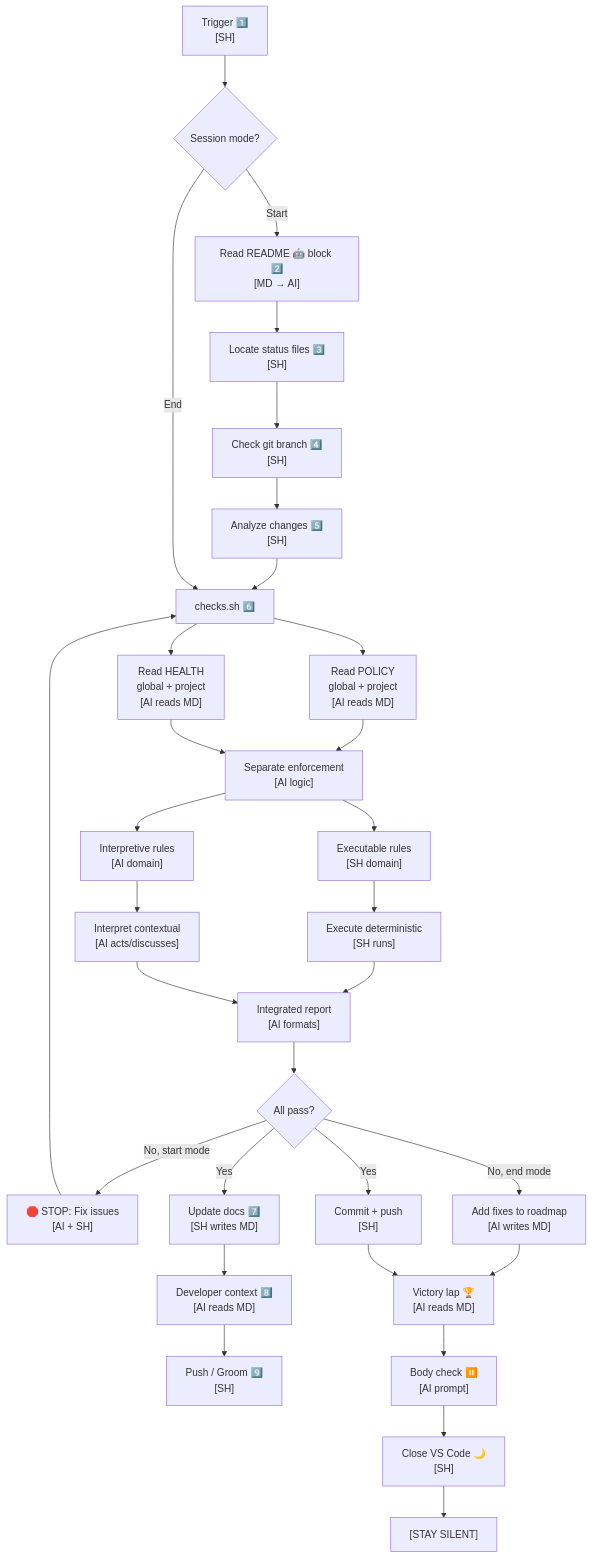
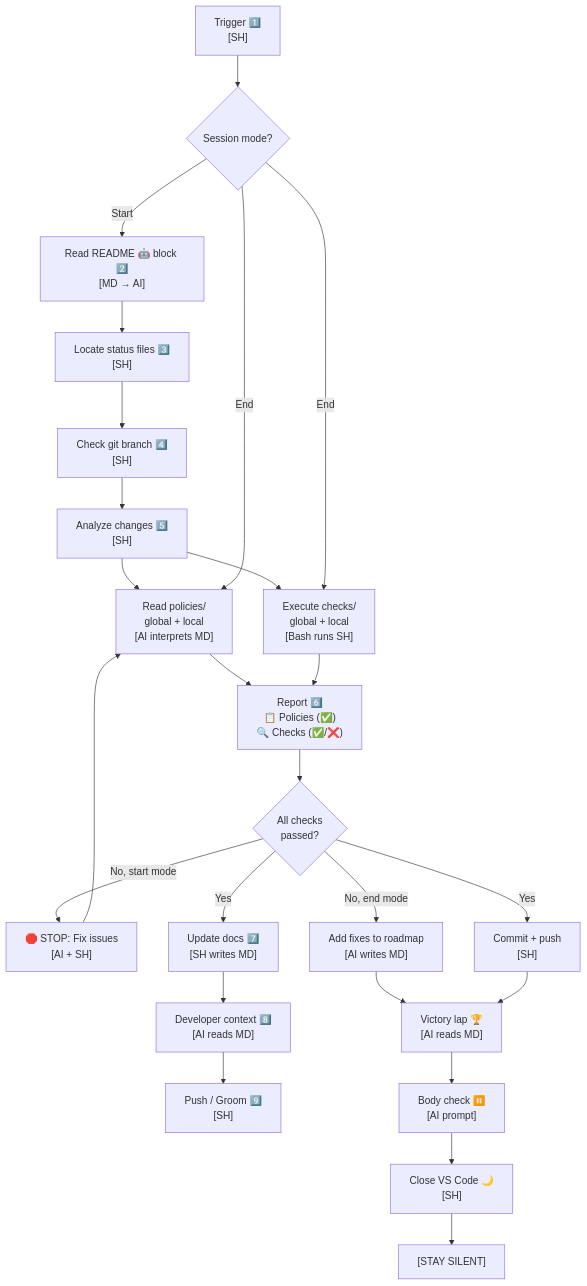
One commit to nonlinear/backstage changed the fourth of 4 diagrams in skills/backstage/SKILL.md. Above: the diagram before and after it, drawn with Mermaid. The commit also changed other lines of this file, not shown here.

Commit message:
Update SKILL.md diagrams: POLICY/HEALTH → policies/checks folders

````diff
--- a/skills/backstage/SKILL.md
+++ b/skills/backstage/SKILL.md
@@ -219,77 +231,60 @@
 ```mermaid
 flowchart TD
     START["Trigger 1️⃣<br/>[SH]"]
     MODE{"Session mode?"}
     
-    %% Common checks module (expanded)
-    CHECKS["checks.sh 6️⃣"]
-    READ_POLICY["Read POLICY<br/>global + project<br/>[AI reads MD]"]
-    READ_HEALTH["Read HEALTH<br/>global + project<br/>[AI reads MD]"]
+    %% Common enforcement module
+    READ_POL["Read policies/<br/>global + local<br/>[AI interprets MD]"]
+    EXEC_CHK["Execute checks/<br/>global + local<br/>[Bash runs SH]"]
     
-    SEPARATE["Separate enforcement<br/>[AI logic]"]
-    EXEC["Executable rules<br/>[SH domain]"]
-    INTERP["Interpretive rules<br/>[AI domain]"]
-    
-    SH_EXEC["Execute deterministic<br/>[SH runs]"]
-    AI_INTERP["Interpret contextual<br/>[AI acts/discusses]"]
-    
-    INTEGRATE["Integrated report<br/>[AI formats]"]
-    CHECKS_GATE{"All pass?"}
+    REPORT["Report 6️⃣<br/>📋 Policies (✅)<br/>🔍 Checks (✅/❌)"]
+    CHECKS_GATE{"All checks<br/>passed?"}
     
     %% Start Branch
     START_BRANCH["Read README 🤖 block 2️⃣<br/>[MD → AI]"]
     START_FILES["Locate status files 3️⃣<br/>[SH]"]
     START_GIT["Check git branch 4️⃣<br/>[SH]"]
     START_WORK["Analyze changes 5️⃣<br/>[SH]"]
     START_FIX["🛑 STOP: Fix issues<br/>[AI + SH]"]
     START_UPDATE["Update docs 7️⃣<br/>[SH writes MD]"]
     START_REPORT["Developer context 8️⃣<br/>[AI reads MD]"]
     START_PUSH["Push / Groom 9️⃣<br/>[SH]"]
     
     %% End Branch
     END_FIXES["Add fixes to roadmap<br/>[AI writes MD]"]
     END_PUSH["Commit + push<br/>[SH]"]
     END_VICTORY["Victory lap 🏆<br/>[AI reads MD]"]
     END_BODY["Body check ⏸️<br/>[AI prompt]"]
     END_CLOSE["Close VS Code 🌙<br/>[SH]"]
     END_SILENT["[STAY SILENT]"]
     
     %% Flow
     START --> MODE
     
     MODE -->|Start| START_BRANCH
     START_BRANCH --> START_FILES
     START_FILES --> START_GIT
     START_GIT --> START_WORK
-    START_WORK --> CHECKS
+    START_WORK --> READ_POL
+    START_WORK --> EXEC_CHK
     
-    CHECKS --> READ_POLICY
-    CHECKS --> READ_HEALTH
-    READ_POLICY --> SEPARATE
-    READ_HEALTH --> SEPARATE
-    
-    SEPARATE --> EXEC
-    SEPARATE --> INTERP
-    
-    EXEC --> SH_EXEC
-    INTERP --> AI_INTERP
-    
-    SH_EXEC --> INTEGRATE
-    AI_INTERP --> INTEGRATE
-    INTEGRATE --> CHECKS_GATE
+    READ_POL --> REPORT
+    EXEC_CHK --> REPORT
+    REPORT --> CHECKS_GATE
     
     CHECKS_GATE -->|No, start mode| START_FIX
-    START_FIX --> CHECKS
+    START_FIX --> READ_POL
     CHECKS_GATE -->|Yes| START_UPDATE
     START_UPDATE --> START_REPORT
     START_REPORT --> START_PUSH
     
-    MODE -->|End| CHECKS
+    MODE -->|End| READ_POL
+    MODE -->|End| EXEC_CHK
     CHECKS_GATE -->|No, end mode| END_FIXES
     CHECKS_GATE -->|Yes| END_PUSH
     END_FIXES --> END_VICTORY
     END_PUSH --> END_VICTORY
     END_VICTORY --> END_BODY
     END_BODY --> END_CLOSE
     END_CLOSE --> END_SILENT
 ```
````
